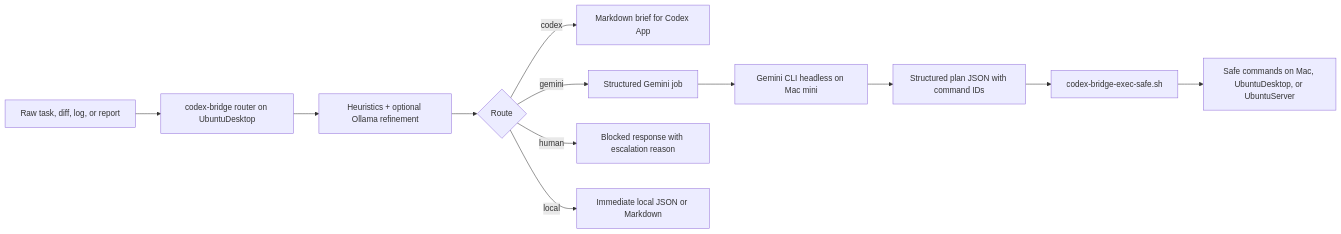
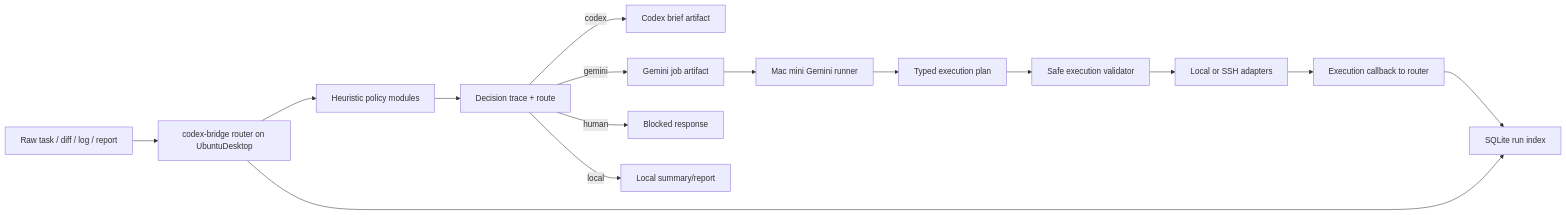
Before and after one commit to tungpastry/codex-bridge: the diagram in docs/architecture.md, drawn with Mermaid. The commit also changed other lines of this file and 101 other files, not shown here.

````diff
--- a/docs/architecture.md
+++ b/docs/architecture.md
@@ -29,14 +25,17 @@
 ```mermaid
 flowchart LR
-    A["Raw task, diff, log, or report"] --> B["codex-bridge router on UbuntuDesktop"]
-    B --> C["Heuristics + optional Ollama refinement"]
-    C --> D{"Route"}
-    D -->|codex| E["Markdown brief for Codex App"]
-    D -->|gemini| F["Structured Gemini job"]
-    D -->|human| G["Blocked response with escalation reason"]
-    D -->|local| H["Immediate local JSON or Markdown"]
-    F --> I["Gemini CLI headless on Mac mini"]
-    I --> J["Structured plan JSON with command IDs"]
-    J --> K["codex-bridge-exec-safe.sh"]
-    K --> L["Safe commands on Mac, UbuntuDesktop, or UbuntuServer"]
+    A["Raw task / diff / log / report"] --> B["codex-bridge router on UbuntuDesktop"]
+    B --> C["Heuristic policy modules"]
+    C --> D["Decision trace + route"]
+    D -->|codex| E["Codex brief artifact"]
+    D -->|gemini| F["Gemini job artifact"]
+    D -->|human| G["Blocked response"]
+    D -->|local| H["Local summary/report"]
+    B --> I["SQLite run index"]
+    F --> J["Mac mini Gemini runner"]
+    J --> K["Typed execution plan"]
+    K --> L["Safe execution validator"]
+    L --> M["Local or SSH adapters"]
+    M --> N["Execution callback to router"]
+    N --> I
 ```
````
